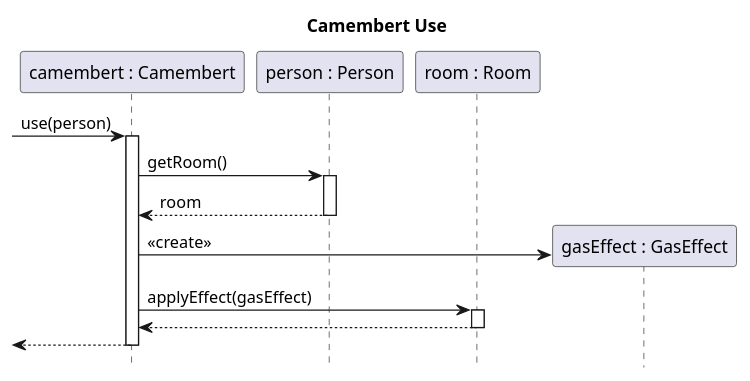
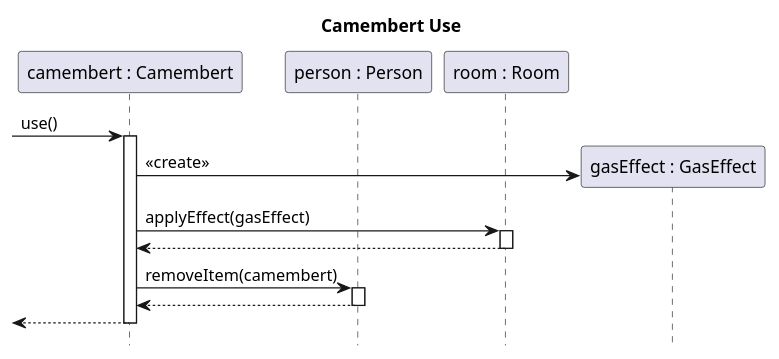
One commit to sn4k3ch4rm3r/logarlec changed the diagram in docs/diagrams/sequence/item-camembert-use.puml. Above: the diagram before and after it, drawn with PlantUML. The commit also changed 9 other files, not shown here.

```diff
--- a/docs/diagrams/sequence/item-camembert-use.puml
+++ b/docs/diagrams/sequence/item-camembert-use.puml
@@ -1,19 +1,19 @@
 @startuml item-camembert-use
 
 title Camembert Use
 hide footbox
 
 participant "camembert : Camembert" as camembert
 participant "person : Person" as person
 participant "room : Room" as room
 
-[-> camembert ++: use(person)
-	camembert -> person ++: getRoom()
-	return room
+[-> camembert ++: use()
 	create "gasEffect : GasEffect" as gasEffect
 	camembert -> gasEffect : <<create>>
 	camembert -> room ++: applyEffect(gasEffect)
 	return
+	camembert -> person ++: removeItem(camembert)
+	return
 return
 
 @enduml
```
